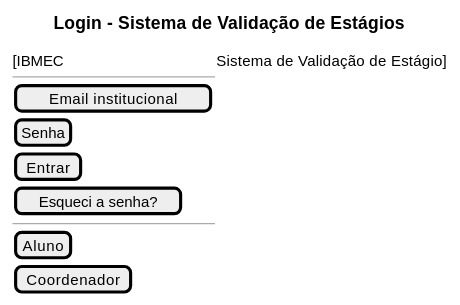
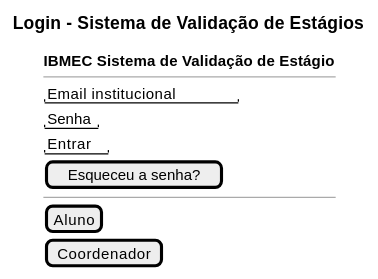
Before and after one commit to Projetos-de-Extensao/PBE_26.1_8001_I: the first of 5 diagrams in mkdocs/Iniciacao/prototipo_baixa_fidelidade.md, drawn with PlantUML. The commit also changed other lines of this file, not shown here.

````diff
--- a/mkdocs/Iniciacao/prototipo_baixa_fidelidade.md
+++ b/mkdocs/Iniciacao/prototipo_baixa_fidelidade.md
@@ -34,17 +34,17 @@
 ```plantuml
 @startsalt
 title Login - Sistema de Validação de Estágios
 
 {
-  [IBMEC | Sistema de Validação de Estágio]
+  **IBMEC Sistema de Validação de Estágio**
   --
-  [Email institucional]
-  [Senha]
-  [Entrar]
-  [Esqueci a senha?]
+  "Email institucional"
+  "Senha"
+  "Entrar"
+  [Esqueceu a senha?]
   --
   [Aluno]
   [Coordenador]
 }
 @endsalt
 ```
````
